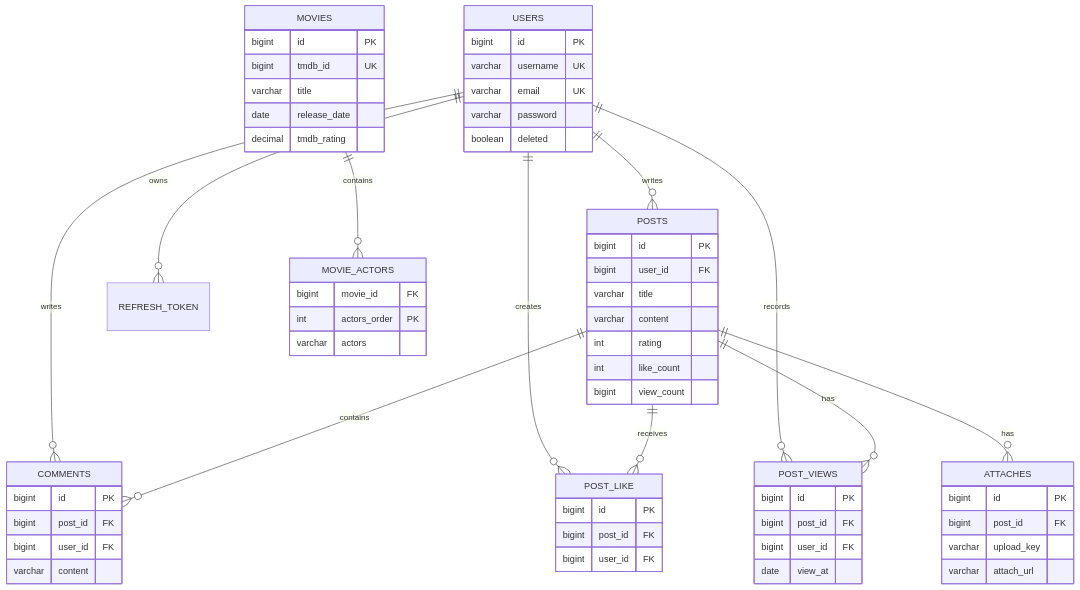
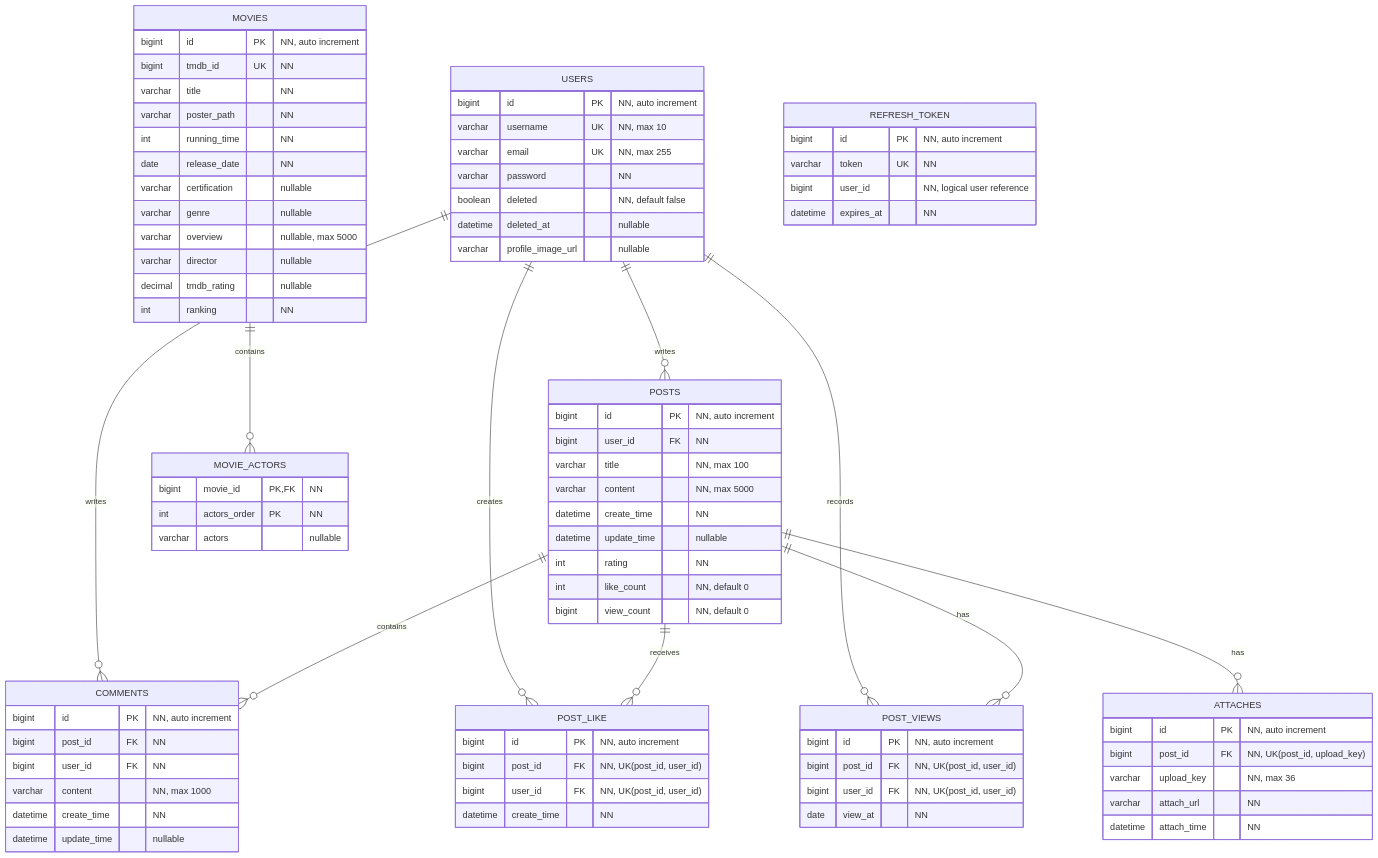
One commit to 100-hours-a-week/KTB4_Martin_Movie_BE changed the second of 2 diagrams in README.md. Above: the diagram before and after it, drawn with Mermaid. The commit also changed other lines of this file, not shown here.

Commit message:
readME 추가

````diff
--- a/README.md
+++ b/README.md
@@ -217,5 +217,85 @@
-```mermaid  
-erDiagram  
-    USERS ||--o{ POSTS : writes    USERS ||--o{ COMMENTS : writes    POSTS ||--o{ COMMENTS : contains    USERS ||--o{ POST_LIKE : creates    POSTS ||--o{ POST_LIKE : receives    USERS ||--o{ POST_VIEWS : records    POSTS ||--o{ POST_VIEWS : has    POSTS ||--o{ ATTACHES : has    USERS ||--o{ REFRESH_TOKEN : owns    MOVIES ||--o{ MOVIE_ACTORS : contains  
-    USERS {        bigint id PK        varchar username UK        varchar email UK        varchar password        boolean deleted    }    POSTS {        bigint id PK        bigint user_id FK        varchar title        varchar content        int rating        int like_count        bigint view_count    }    COMMENTS {        bigint id PK        bigint post_id FK        bigint user_id FK        varchar content    }    ATTACHES {        bigint id PK        bigint post_id FK        varchar upload_key        varchar attach_url    }    POST_LIKE {        bigint id PK        bigint post_id FK        bigint user_id FK    }    POST_VIEWS {        bigint id PK        bigint post_id FK        bigint user_id FK        date view_at    }    MOVIES {        bigint id PK        bigint tmdb_id UK        varchar title        date release_date        decimal tmdb_rating    }    MOVIE_ACTORS {        bigint movie_id FK        int actors_order PK        varchar actors    }  
-```  
+```mermaid
+erDiagram
+    USERS ||--o{ POSTS : writes
+    USERS ||--o{ COMMENTS : writes
+    POSTS ||--o{ COMMENTS : contains
+    USERS ||--o{ POST_LIKE : creates
+    POSTS ||--o{ POST_LIKE : receives
+    USERS ||--o{ POST_VIEWS : records
+    POSTS ||--o{ POST_VIEWS : has
+    POSTS ||--o{ ATTACHES : has
+    MOVIES ||--o{ MOVIE_ACTORS : contains
+
+    USERS {
+        bigint id PK "NN, auto increment"
+        varchar username UK "NN, max 10"
+        varchar email UK "NN, max 255"
+        varchar password "NN"
+        boolean deleted "NN, default false"
+        datetime deleted_at "nullable"
+        varchar profile_image_url "nullable"
+    }
+    POSTS {
+        bigint id PK "NN, auto increment"
+        bigint user_id FK "NN"
+        varchar title "NN, max 100"
+        varchar content "NN, max 5000"
+        datetime create_time "NN"
+        datetime update_time "nullable"
+        int rating "NN"
+        int like_count "NN, default 0"
+        bigint view_count "NN, default 0"
+    }
+    COMMENTS {
+        bigint id PK "NN, auto increment"
+        bigint post_id FK "NN"
+        bigint user_id FK "NN"
+        varchar content "NN, max 1000"
+        datetime create_time "NN"
+        datetime update_time "nullable"
+    }
+    ATTACHES {
+        bigint id PK "NN, auto increment"
+        bigint post_id FK "NN, UK(post_id, upload_key)"
+        varchar upload_key "NN, max 36"
+        varchar attach_url "NN"
+        datetime attach_time "NN"
+    }
+    POST_LIKE {
+        bigint id PK "NN, auto increment"
+        bigint post_id FK "NN, UK(post_id, user_id)"
+        bigint user_id FK "NN, UK(post_id, user_id)"
+        datetime create_time "NN"
+    }
+    POST_VIEWS {
+        bigint id PK "NN, auto increment"
+        bigint post_id FK "NN, UK(post_id, user_id)"
+        bigint user_id FK "NN, UK(post_id, user_id)"
+        date view_at "NN"
+    }
+    MOVIES {
+        bigint id PK "NN, auto increment"
+        bigint tmdb_id UK "NN"
+        varchar title "NN"
+        varchar poster_path "NN"
+        int running_time "NN"
+        date release_date "NN"
+        varchar certification "nullable"
+        varchar genre "nullable"
+        varchar overview "nullable, max 5000"
+        varchar director "nullable"
+        decimal tmdb_rating "nullable"
+        int ranking "NN"
+    }
+    MOVIE_ACTORS {
+        bigint movie_id PK, FK "NN"
+        int actors_order PK "NN"
+        varchar actors "nullable"
+    }
+    REFRESH_TOKEN {
+        bigint id PK "NN, auto increment"
+        varchar token UK "NN"
+        bigint user_id "NN, logical user reference"
+        datetime expires_at "NN"
+    }
+```
````
